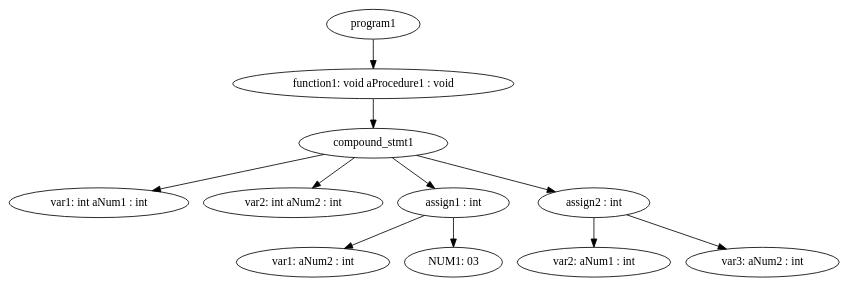
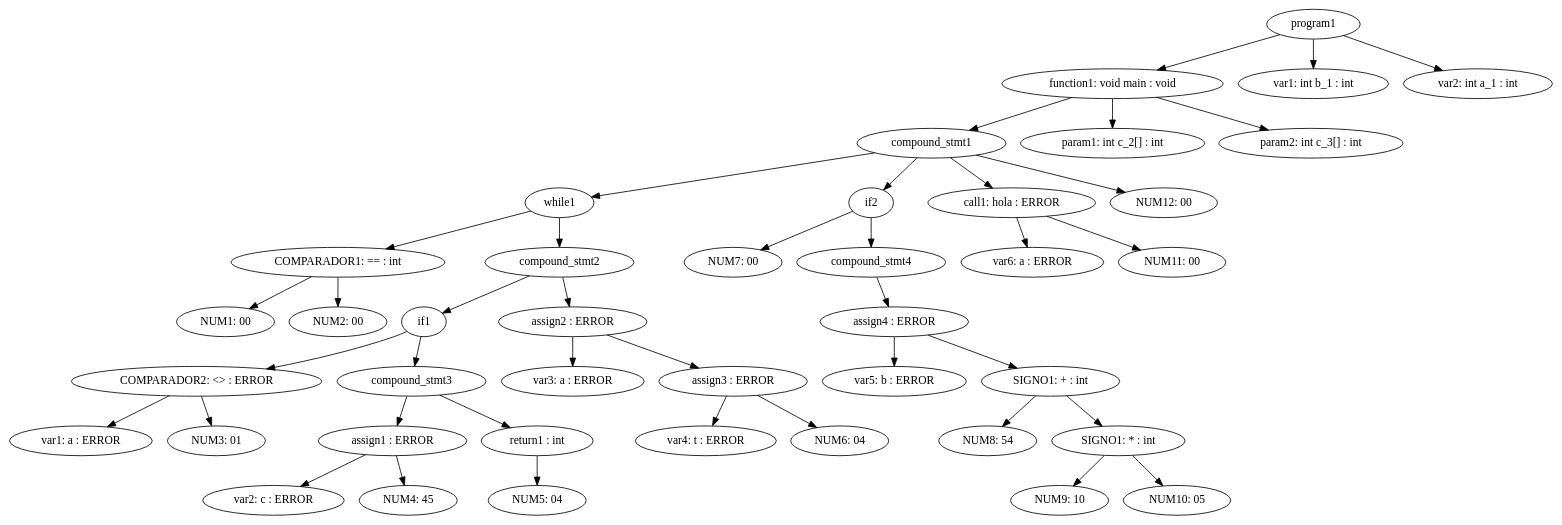
Before and after one commit to PabloFB18/taller-compiladores: the diagram in semantic_examples/out4.dot, drawn with Graphviz. The commit also changed 15 other files, not shown here.

```diff
--- a/semantic_examples/out4.dot
+++ b/semantic_examples/out4.dot
@@ -1,12 +1,42 @@
 digraph G {
-	"program1" -> "function1: void aProcedure1 : void"
-	"function1: void aProcedure1 : void" -> "compound_stmt1"
-	"compound_stmt1" -> "var1: int aNum1 : int"
-	"compound_stmt1" -> "var2: int aNum2 : int"
-	"compound_stmt1" -> "assign1 : int"
-	"assign1 : int" -> "var1: aNum2 : int"
-	"assign1 : int" -> "NUM1: 03"
-	"compound_stmt1" -> "assign2 : int"
-	"assign2 : int" -> "var2: aNum1 : int"
-	"assign2 : int" -> "var3: aNum2 : int"
+	"program1" -> "function1: void main : void"
+	"function1: void main : void" -> "compound_stmt1"
+	"compound_stmt1" -> "while1"
+	"while1" -> "COMPARADOR1: == : int"
+	"COMPARADOR1: == : int" -> "NUM1: 00"
+	"COMPARADOR1: == : int" -> "NUM2: 00"
+	"while1" -> "compound_stmt2"
+	"compound_stmt2" -> "if1"
+	"if1" -> "COMPARADOR2: <> : ERROR"
+	"COMPARADOR2: <> : ERROR" -> "var1: a : ERROR"
+	"COMPARADOR2: <> : ERROR" -> "NUM3: 01"
+	"if1" -> "compound_stmt3"
+	"compound_stmt3" -> "assign1 : ERROR"
+	"assign1 : ERROR" -> "var2: c : ERROR"
+	"assign1 : ERROR" -> "NUM4: 45"
+	"compound_stmt3" -> "return1 : int"
+	"return1 : int" -> "NUM5: 04"
+	"compound_stmt2" -> "assign2 : ERROR"
+	"assign2 : ERROR" -> "var3: a : ERROR"
+	"assign2 : ERROR" -> "assign3 : ERROR"
+	"assign3 : ERROR" -> "var4: t : ERROR"
+	"assign3 : ERROR" -> "NUM6: 04"
+	"compound_stmt1" -> "if2"
+	"if2" -> "NUM7: 00"
+	"if2" -> "compound_stmt4"
+	"compound_stmt4" -> "assign4 : ERROR"
+	"assign4 : ERROR" -> "var5: b : ERROR"
+	"assign4 : ERROR" -> "SIGNO1: + : int"
+	"SIGNO1: + : int" -> "NUM8: 54"
+	"SIGNO1: + : int" -> "SIGNO1: * : int"
+	"SIGNO1: * : int" -> "NUM9: 10"
+	"SIGNO1: * : int" -> "NUM10: 05"
+	"compound_stmt1" -> "call1: hola : ERROR"
+	"call1: hola : ERROR" -> "var6: a : ERROR"
+	"call1: hola : ERROR" -> "NUM11: 00"
+	"compound_stmt1" -> "NUM12: 00"
+	"function1: void main : void" -> "param1: int c_2[] : int"
+	"function1: void main : void" -> "param2: int c_3[] : int"
+	"program1" -> "var1: int b_1 : int"
+	"program1" -> "var2: int a_1 : int"
 }
```
